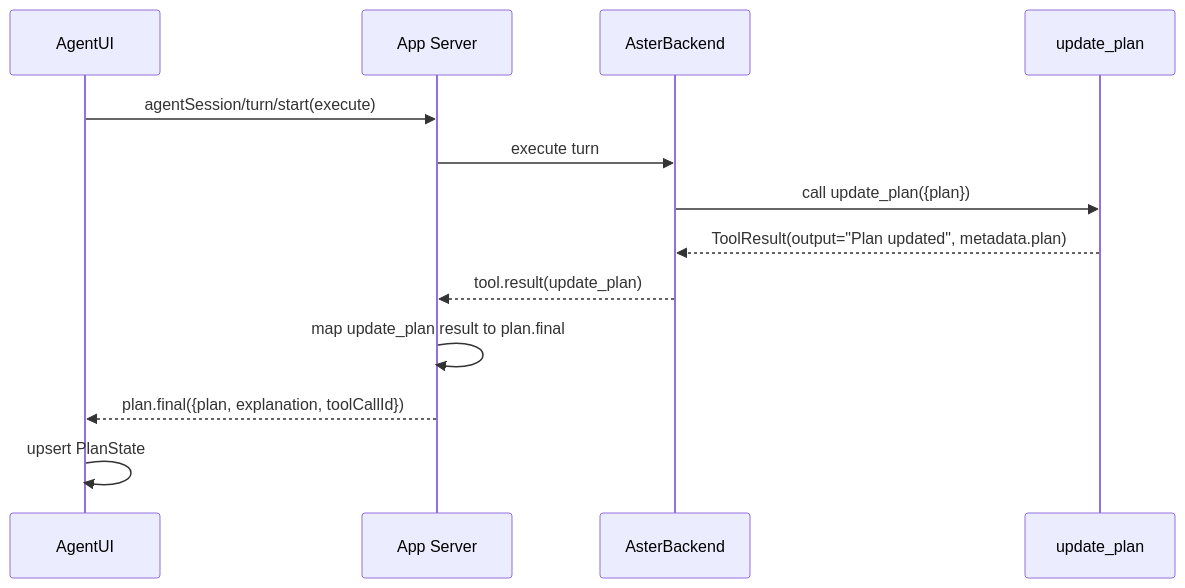
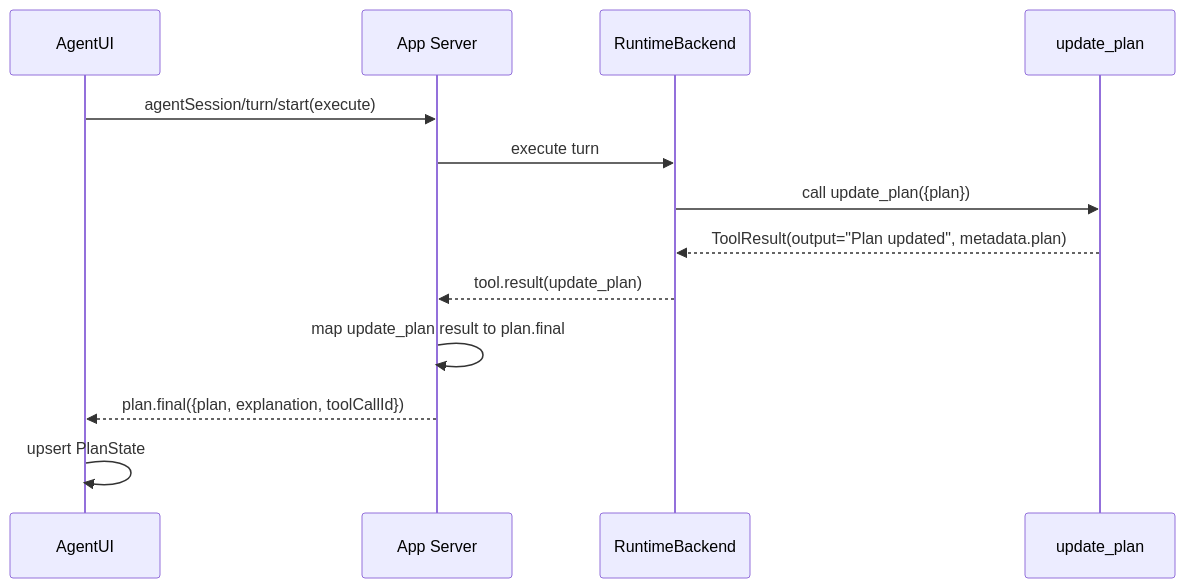
Before and after one commit to jiujuan/lime: the seventh of 8 diagrams in internal/roadmap/plan/prd.md, drawn with Mermaid. The commit also changed other lines of this file and 975 other files, not shown here.

````diff
--- a/internal/roadmap/plan/prd.md
+++ b/internal/roadmap/plan/prd.md
@@ -543,16 +543,16 @@
 ```mermaid
 sequenceDiagram
   participant UI as AgentUI
   participant AS as App Server
-  participant A as AsterBackend
+  participant A as RuntimeBackend
   participant T as update_plan
 
   UI->>AS: agentSession/turn/start(execute)
   AS->>A: execute turn
   A->>T: call update_plan({plan})
   T-->>A: ToolResult(output="Plan updated", metadata.plan)
   A-->>AS: tool.result(update_plan)
   AS->>AS: map update_plan result to plan.final
   AS-->>UI: plan.final({plan, explanation, toolCallId})
   UI->>UI: upsert PlanState
 ```
````
